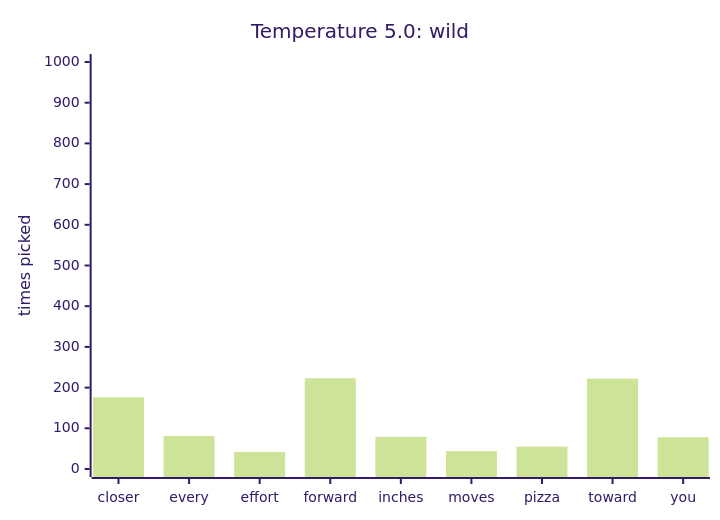
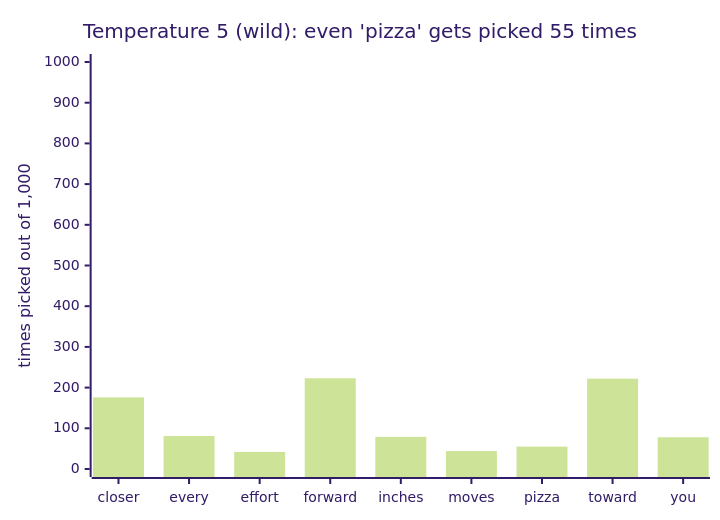
Before and after one commit to Ranjeet0611/tinygpt: the eighth of 12 diagrams in docs/07-generating-text.md, drawn with Mermaid (forest theme). The commit also changed other lines of this file and 9 other files, not shown here.

````diff
--- a/docs/07-generating-text.md
+++ b/docs/07-generating-text.md
@@ -72,7 +124,7 @@
 ```mermaid
 xychart-beta
-    title "Temperature 5.0: wild"
+    title "Temperature 5 (wild): even 'pizza' gets picked 55 times"
     x-axis [closer, every, effort, forward, inches, moves, pizza, toward, you]
-    y-axis "times picked" 0 --> 1000
+    y-axis "times picked out of 1,000" 0 --> 1000
     bar [176, 81, 42, 223, 79, 44, 55, 222, 78]
 ```
````
